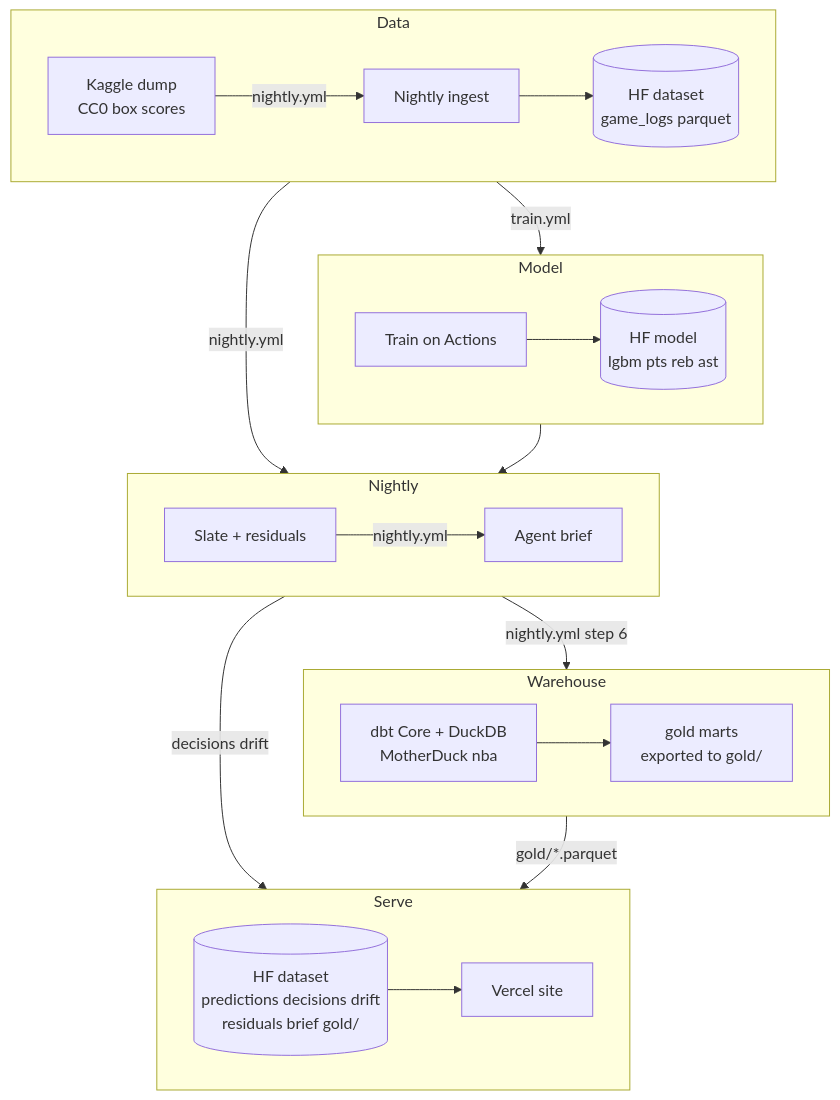
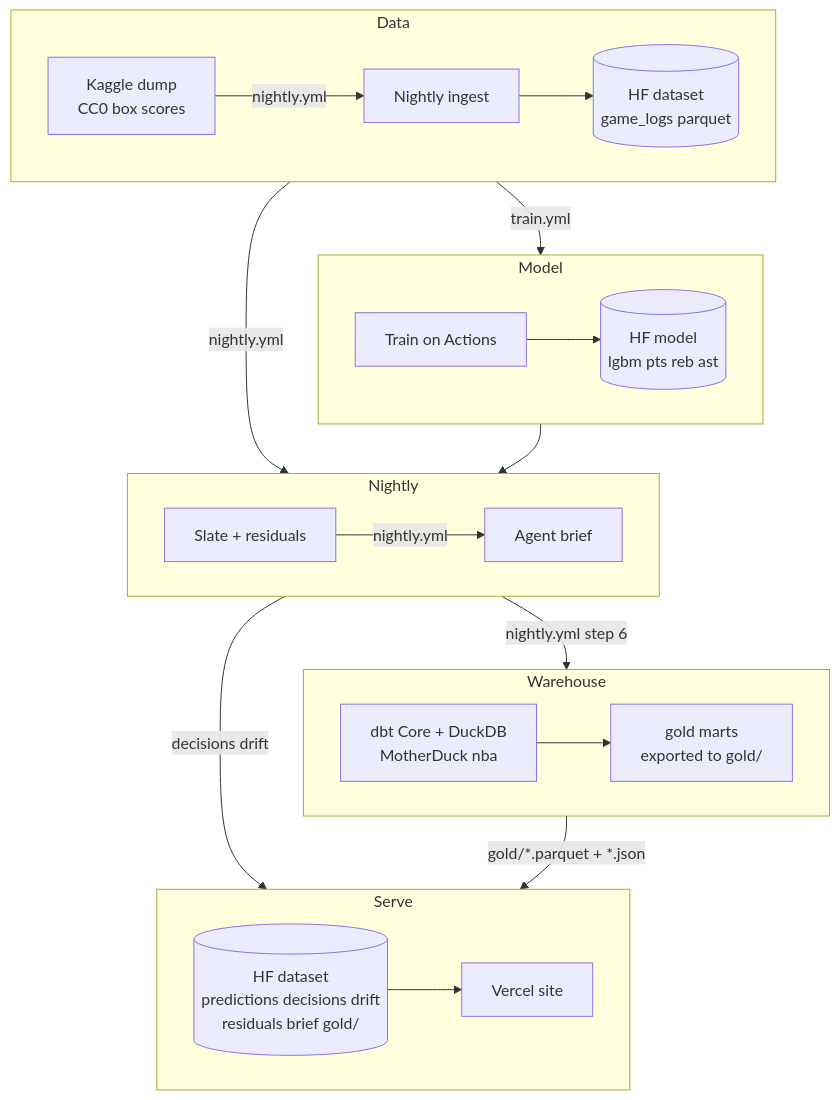
One commit to cbratkovics/nba-ai-ml changed the second of 2 diagrams in README.md. Above: the diagram before and after it, drawn with Mermaid. The commit also changed other lines of this file, not shown here.

````diff
--- a/README.md
+++ b/README.md
@@ -23,30 +67,30 @@
 ```mermaid
 flowchart TB
     subgraph Data
         direction LR
         K[Kaggle dump<br/>CC0 box scores] -->|nightly.yml| I[Nightly ingest]
         I --> D[(HF dataset<br/>game_logs parquet)]
     end
     subgraph Model
         direction LR
         T[Train on Actions] --> M[(HF model<br/>lgbm pts reb ast)]
     end
     subgraph Nightly
         direction LR
         S[Slate + residuals] -->|nightly.yml| A[Agent brief]
     end
     subgraph Serve
         direction LR
         P[(HF dataset<br/>predictions decisions drift<br/>residuals brief gold/)] --> V[Vercel site]
     end
     subgraph Warehouse
         direction LR
         W[dbt Core + DuckDB<br/>MotherDuck nba] --> G[gold marts<br/>exported to gold/]
     end
     Data -->|train.yml| Model
     Data -->|nightly.yml| Nightly
     Model --> Nightly
     Nightly -->|decisions drift| Serve
     Nightly -->|nightly.yml step 6| Warehouse
-    Warehouse -->|gold/*.parquet| Serve
+    Warehouse -->|gold/*.parquet + *.json| Serve
 ```
````
